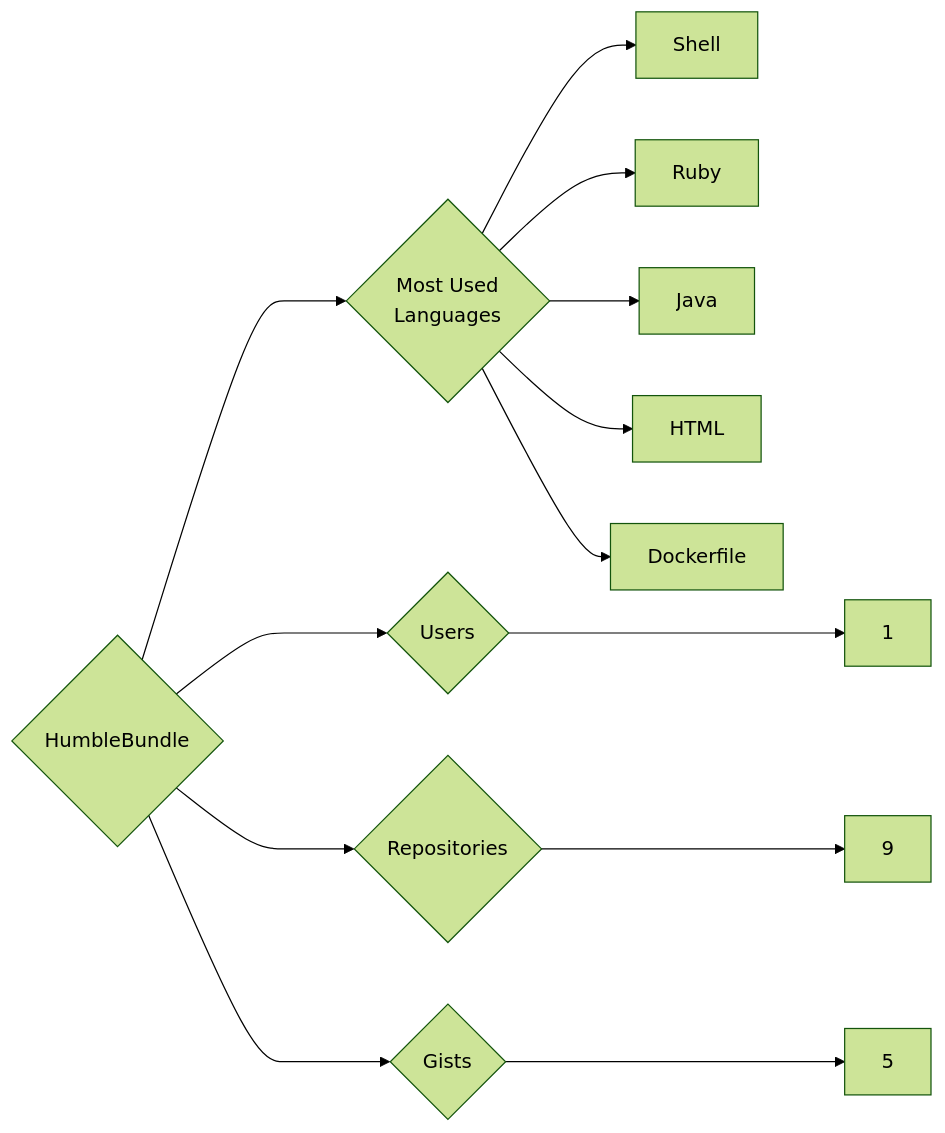
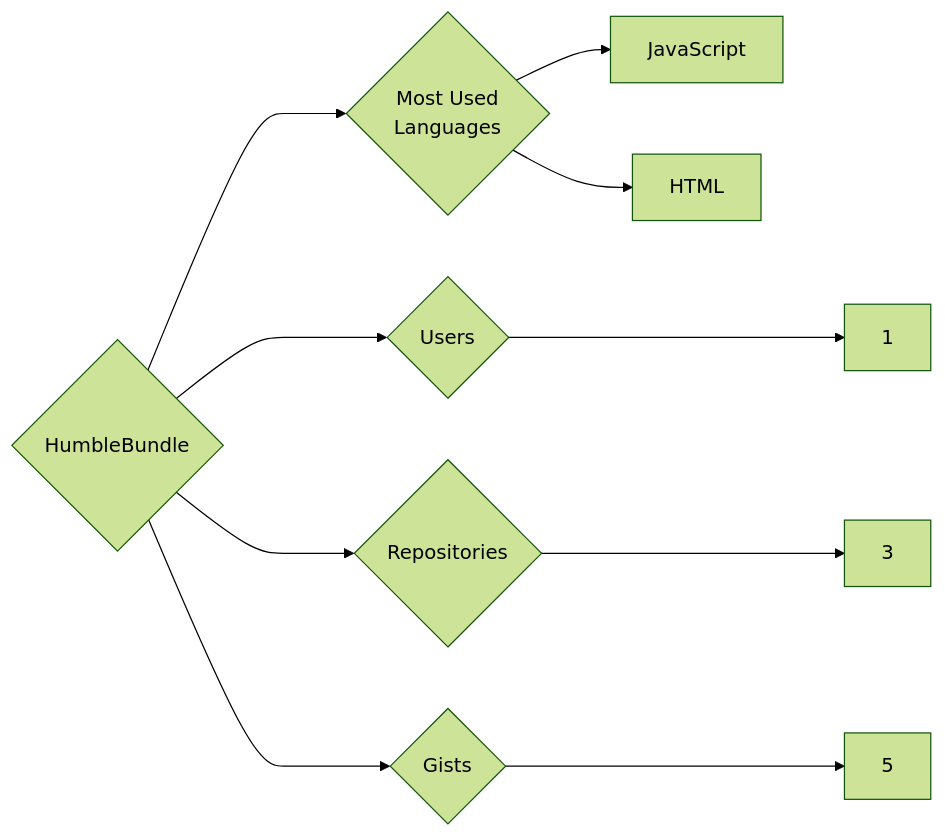
The diagram in targets/HumbleBundle/README.md (trickest/insiders), drawn with Mermaid (forest theme) before and after one commit. The commit also changed 912 other files, not shown here.

````diff
--- a/targets/HumbleBundle/README.md
+++ b/targets/HumbleBundle/README.md
@@ -3,13 +3,10 @@
 ```mermaid
 graph LR
 COMPANY_NAME{HumbleBundle}
 COMPANY_NAME ---> U{Users} ---> UN[1]
-COMPANY_NAME ---> R{Repositories} ---> RN[9]
+COMPANY_NAME ---> R{Repositories} ---> RN[3]
 COMPANY_NAME ---> G{Gists} ---> GN[5]
 COMPANY_NAME ---> ML{Most Used<br>Languages}
-ML --> Shell[Shell]
-ML --> Ruby[Ruby]
-ML --> Java[Java]
+ML --> JavaScript[JavaScript]
 ML --> HTML[HTML]
-ML --> Dockerfile[Dockerfile]
 ```
````
